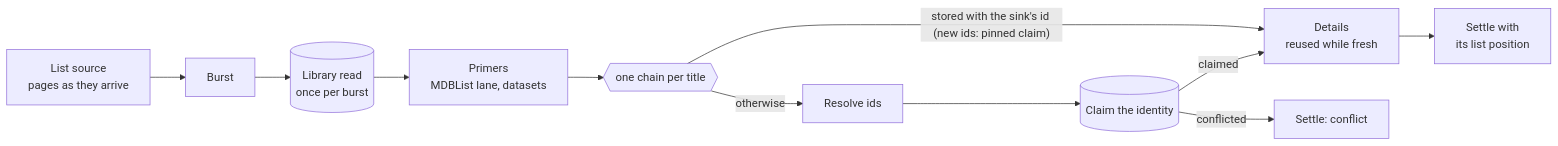
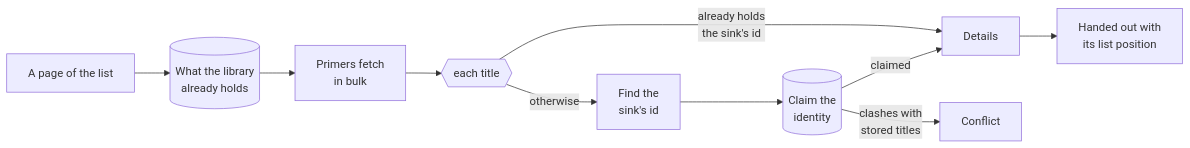
The second of 5 diagrams in docs/architecture/sections/04-runtime.md (daerup/Sammlarr), drawn with Mermaid before and after one commit. The commit also changed other lines of this file and 7 other files, not shown here.

Commit message:
docs(architecture): clean up documentation and reduce fluff

````diff
--- a/docs/architecture/sections/04-runtime.md
+++ b/docs/architecture/sections/04-runtime.md
@@ -16,13 +24,12 @@
 ```mermaid
 flowchart LR
-  SRC["List source<br/>pages as they arrive"] --> BURST["Burst"]
-  BURST --> LIB[("Library read<br/>once per burst")]
-  LIB --> PRIME["Primers<br/>MDBList lane, datasets"]
-  PRIME --> CHAIN{{"one chain per title"}}
-  CHAIN -->|"stored with the sink's id (new ids: pinned claim)"| DET["Details<br/>reused while fresh"]
-  CHAIN -->|otherwise| IDS["Resolve ids"]
-  IDS --> CLAIM[("Claim the identity")]
+  PAGE["A page of the list"] --> LIB[("What the library<br/>already holds")]
+  LIB --> PRIME["Primers fetch<br/>in bulk"]
+  PRIME --> T{{"each title"}}
+  T -->|"already holds<br/>the sink's id"| DET["Details"]
+  T -->|otherwise| IDS["Find the<br/>sink's id"]
+  IDS --> CLAIM[("Claim the<br/>identity")]
   CLAIM -->|claimed| DET
-  CLAIM -->|conflicted| CON["Settle: conflict"]
-  DET --> OUT["Settle with<br/>its list position"]
+  CLAIM -->|"clashes with<br/>stored titles"| CON["Conflict"]
+  DET --> OUT["Handed out with<br/>its list position"]
 ```
````
